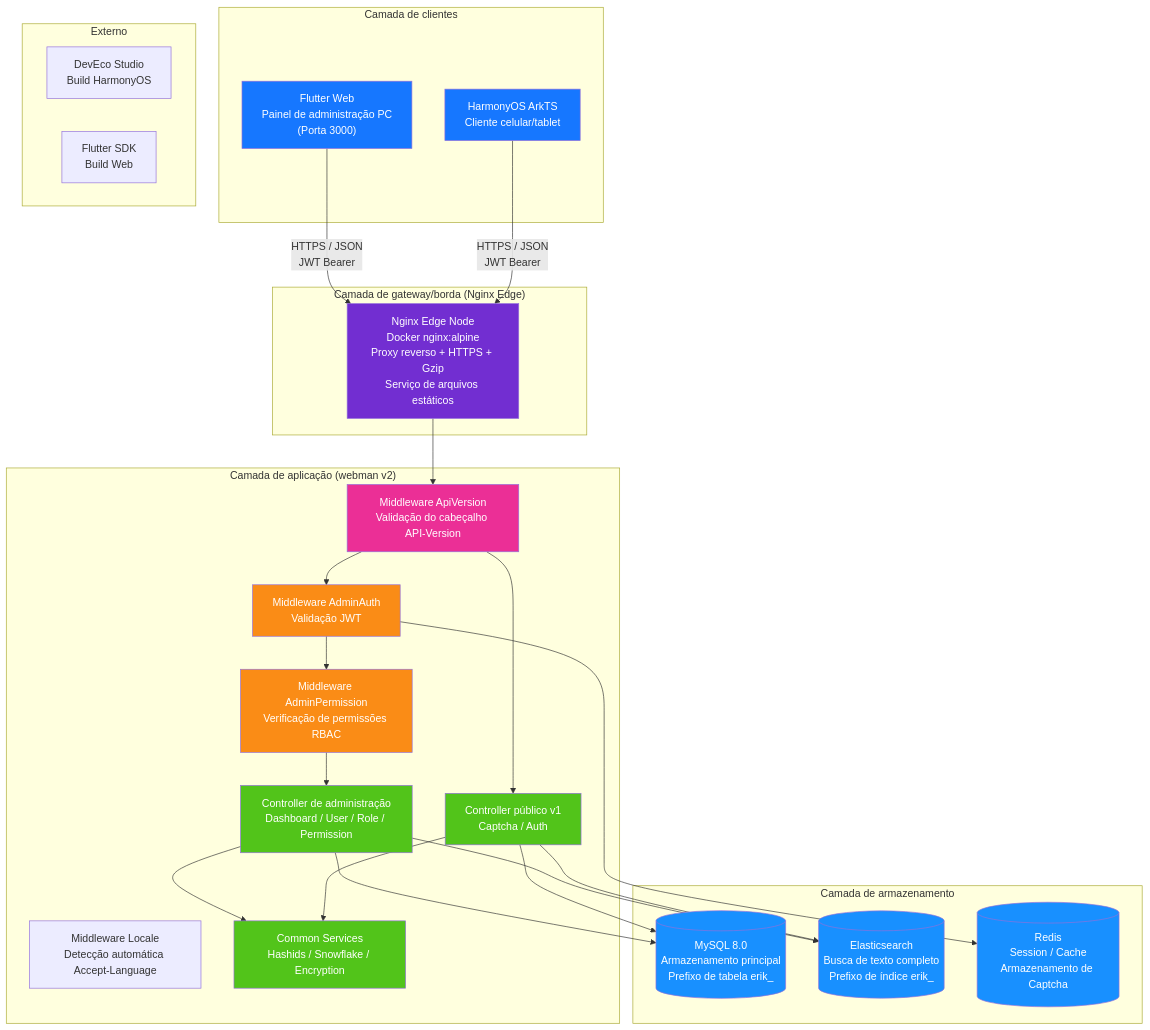
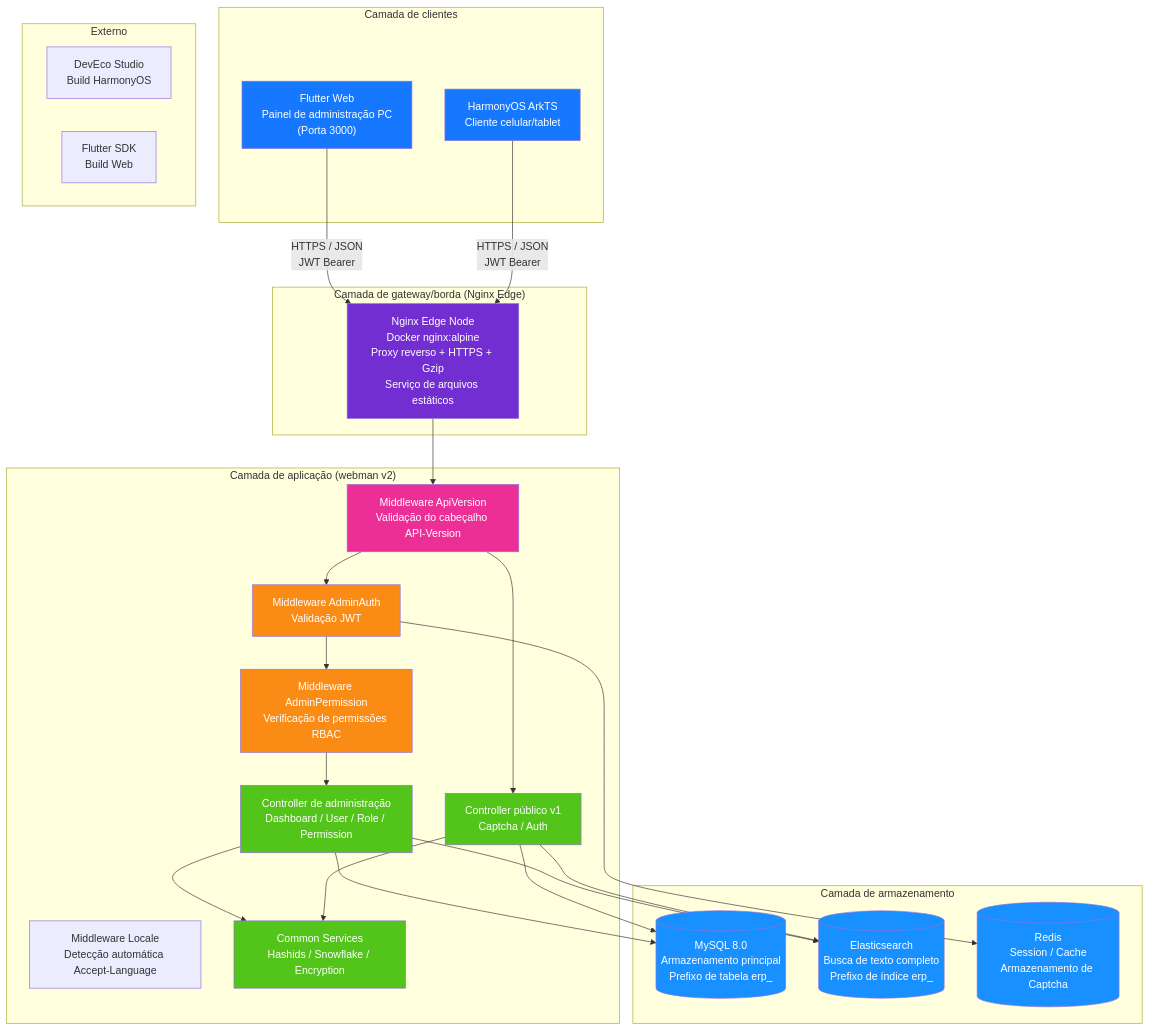
Before and after one commit to erikwang2013/erp-php: the first of 20 diagrams in docs/i18n/pt/ARCHITECTURE.md, drawn with Mermaid. The commit also changed other lines of this file and 449 other files, not shown here.

First line of the commit message:
全局命名统一：数据库 erp、表前缀 erp_、Redis 前缀 erp:（原 erik_/open_admin）

````diff
--- a/docs/i18n/pt/ARCHITECTURE.md
+++ b/docs/i18n/pt/ARCHITECTURE.md
@@ -11,60 +11,60 @@
 ```mermaid
 flowchart TB
     subgraph "Camada de clientes"
         A1["Flutter Web<br/>Painel de administração PC<br/>(Porta 3000)"]
         A2["HarmonyOS ArkTS<br/>Cliente celular/tablet"]
     end
 
     subgraph "Camada de gateway/borda (Nginx Edge)"
         B1["Nginx Edge Node<br/>Docker nginx:alpine<br/>Proxy reverso + HTTPS + Gzip<br/>Serviço de arquivos estáticos"]
     end
 
     subgraph "Camada de aplicação (webman v2)"
         C_LOC["Middleware Locale<br/>Detecção automática Accept-Language"]
         C0["Middleware ApiVersion<br/>Validação do cabeçalho API-Version"]
         C1["Middleware AdminAuth<br/>Validação JWT"]
         C2["Middleware AdminPermission<br/>Verificação de permissões RBAC"]
         C3["Controller de administração<br/>Dashboard / User / Role / Permission"]
         C4["Controller público v1<br/>Captcha / Auth"]
         C5["Common Services<br/>Hashids / Snowflake / Encryption"]
     end
 
     subgraph "Camada de armazenamento"
-        D1[("MySQL 8.0<br/>Armazenamento principal<br/>Prefixo de tabela erik_")]
-        D2[("Elasticsearch<br/>Busca de texto completo<br/>Prefixo de índice erik_")]
+        D1[("MySQL 8.0<br/>Armazenamento principal<br/>Prefixo de tabela erp_")]
+        D2[("Elasticsearch<br/>Busca de texto completo<br/>Prefixo de índice erp_")]
         D3[("Redis<br/>Session / Cache<br/>Armazenamento de Captcha")]
     end
 
     subgraph "Externo"
         E1["DevEco Studio<br/>Build HarmonyOS"]
         E2["Flutter SDK<br/>Build Web"]
     end
 
     A1 -->|"HTTPS / JSON<br/>JWT Bearer"| B1
     A2 -->|"HTTPS / JSON<br/>JWT Bearer"| B1
     B1 --> C0
     C0 --> C1
     C1 --> C2
     C2 --> C3
     C0 --> C4
     C3 --> C5
     C4 --> C5
     C3 --> D1
     C4 --> D1
     C3 --> D2
     C4 --> D2
     C1 --> D3
 
     style A1 fill:#1677FF,color:#fff
     style A2 fill:#1677FF,color:#fff
     style B1 fill:#722ED1,color:#fff
     style C0 fill:#EB2F96,color:#fff
     style C1 fill:#FA8C16,color:#fff
     style C2 fill:#FA8C16,color:#fff
     style C3 fill:#52C41A,color:#fff
     style C4 fill:#52C41A,color:#fff
     style C5 fill:#52C41A,color:#fff
     style D1 fill:#1890FF,color:#fff
     style D2 fill:#1890FF,color:#fff
     style D3 fill:#1890FF,color:#fff
 ```
````
